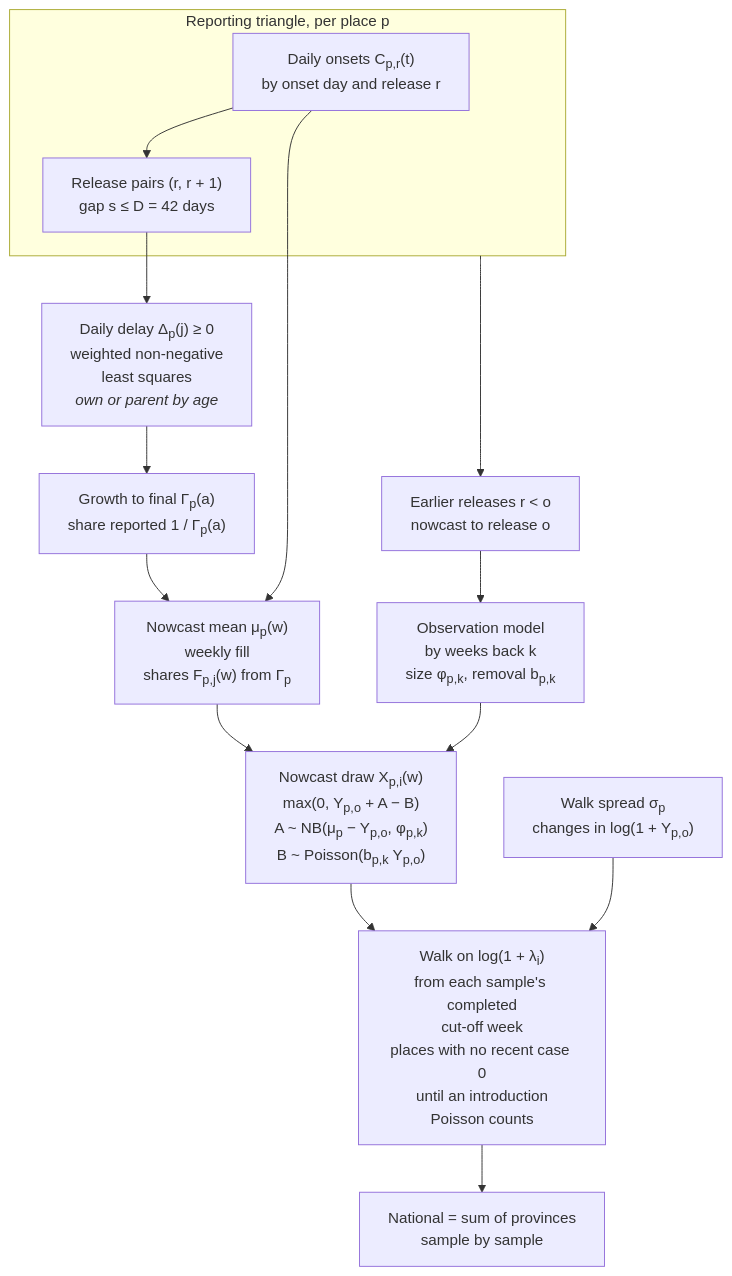
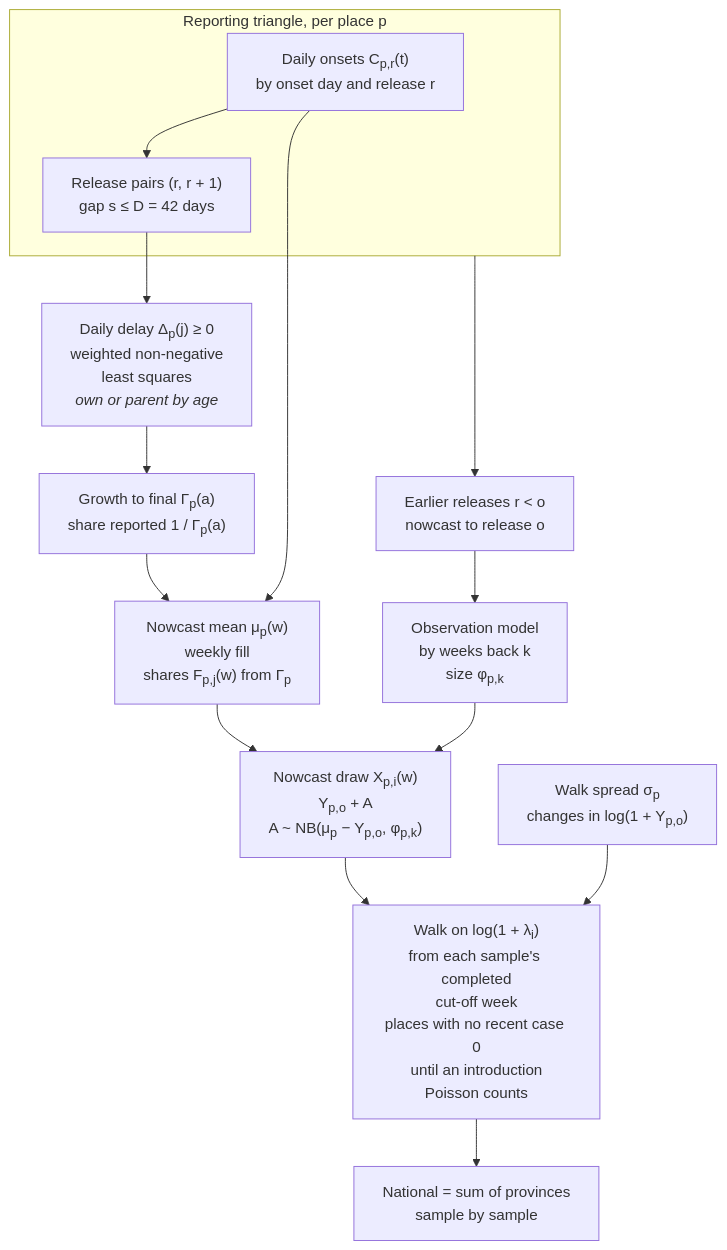
One commit to seabbs/BDBVHubRenewal changed the first of 2 diagrams in docs/methods/baselines.md. Above: the diagram before and after it, drawn with Mermaid. The commit also changed other lines of this file and 12 other files, not shown here.

First line of the commit message:
Follow baselinenowcast's observation model, with no removals (#152)

````diff
--- a/docs/methods/baselines.md
+++ b/docs/methods/baselines.md
@@ -27,29 +27,29 @@
 ```mermaid
 flowchart TD
     subgraph TRI["Reporting triangle, per place p"]
         SNAP["Daily onsets C<sub>p,r</sub>(t)<br/>by onset day and release r"]
         PAIR["Release pairs (r, r + 1)<br/>gap s ≤ D = 42 days"]
     end
     DEL["Daily delay Δ<sub>p</sub>(j) ≥ 0<br/>weighted non-negative<br/>least squares<br/><i>own or parent by age</i>"]
     G["Growth to final Γ<sub>p</sub>(a)<br/>share reported 1 / Γ<sub>p</sub>(a)"]
     MU["Nowcast mean μ<sub>p</sub>(w)<br/>weekly fill<br/>shares F<sub>p,j</sub>(w) from Γ<sub>p</sub>"]
     RETRO["Earlier releases r &lt; o<br/>nowcast to release o"]
-    OBS["Observation model<br/>by weeks back k<br/>size φ<sub>p,k</sub>, removal b<sub>p,k</sub>"]
-    X["Nowcast draw X<sub>p,i</sub>(w)<br/>max(0, Y<sub>p,o</sub> + A − B)<br/>A ~ NB(μ<sub>p</sub> − Y<sub>p,o</sub>, φ<sub>p,k</sub>)<br/>B ~ Poisson(b<sub>p,k</sub> Y<sub>p,o</sub>)"]
+    OBS["Observation model<br/>by weeks back k<br/>size φ<sub>p,k</sub>"]
+    X["Nowcast draw X<sub>p,i</sub>(w)<br/>Y<sub>p,o</sub> + A<br/>A ~ NB(μ<sub>p</sub> − Y<sub>p,o</sub>, φ<sub>p,k</sub>)"]
     SIG["Walk spread σ<sub>p</sub><br/>changes in log(1 + Y<sub>p,o</sub>)"]
     W["Walk on log(1 + λ<sub>i</sub>)<br/>from each sample's completed<br/>cut-off week<br/>places with no recent case 0<br/>until an introduction<br/>Poisson counts"]
     NAT["National = sum of provinces<br/>sample by sample"]
 
     SNAP --> PAIR
     PAIR --> DEL
     DEL --> G
     G --> MU
     SNAP --> MU
     TRI --> RETRO
     RETRO --> OBS
     MU --> X
     OBS --> X
     X --> W
     SIG --> W
     W --> NAT
 ```
````
